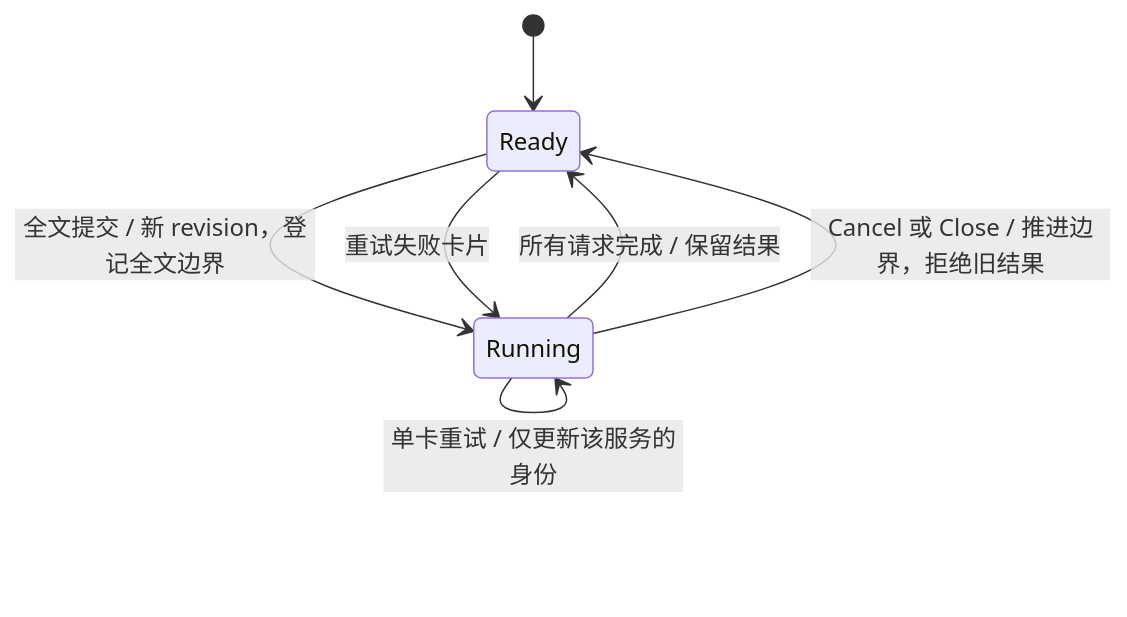
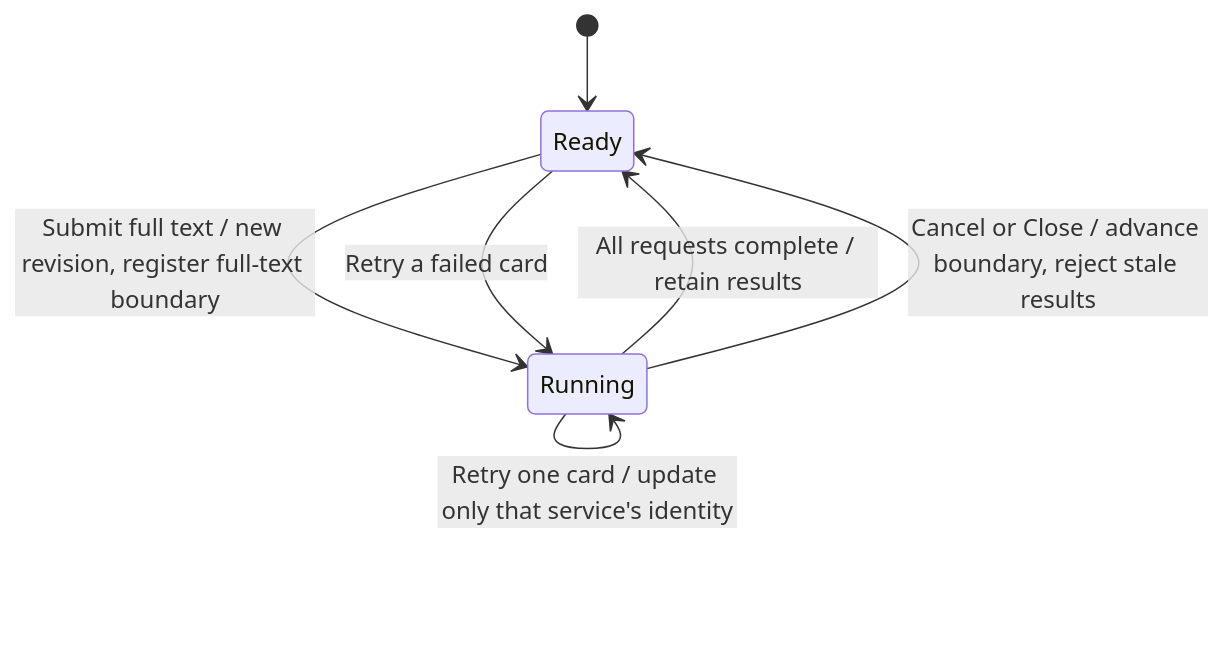
One commit to doyuli/sotto changed the second of 2 diagrams in docs/translation-state.md. Above: the diagram before and after it, drawn with Mermaid. The commit also changed other lines of this file and 5 other files, not shown here.

````diff
--- a/docs/translation-state.md
+++ b/docs/translation-state.md
@@ -72,10 +70,10 @@
 ```mermaid
 stateDiagram-v2
     [*] --> Ready
-    Ready --> Running: 全文提交 / 新 revision，登记全文边界
-    Running --> Running: 新全文提交 / 取消旧工作，重置卡片身份
-    Running --> Running: 单卡重试 / 仅更新该服务的身份
-    Running --> Ready: 所有请求完成 / 保留结果
-    Running --> Ready: Cancel 或 Close / 推进边界，拒绝旧结果
-    Ready --> Running: 重试失败卡片
+    Ready --> Running: Submit full text / new revision, register full-text boundary
+    Running --> Running: Submit new full text / cancel old work, reset card identities
+    Running --> Running: Retry one card / update only that service's identity
+    Running --> Ready: All requests complete / retain results
+    Running --> Ready: Cancel or Close / advance boundary, reject stale results
+    Ready --> Running: Retry a failed card
 ```
````
